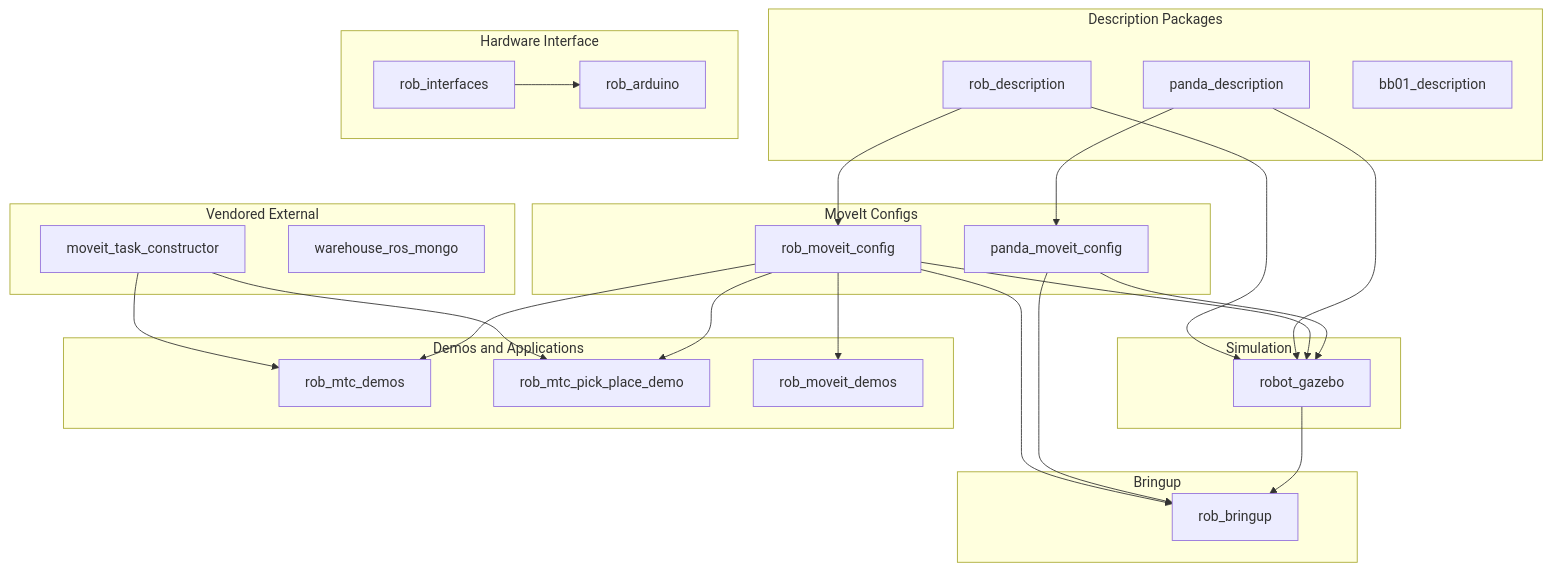
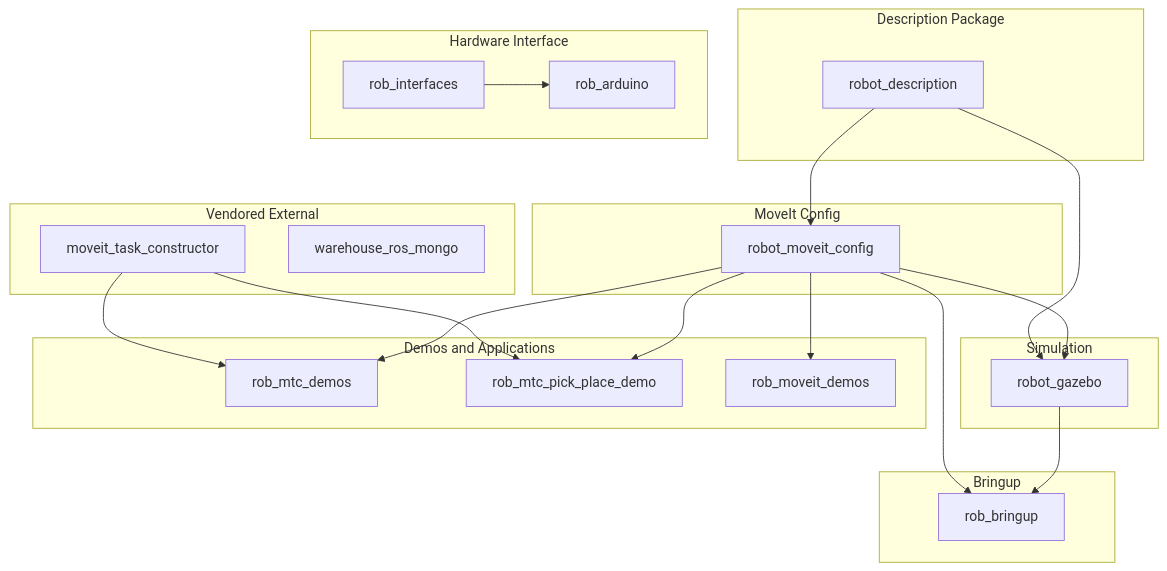
The first of 4 diagrams in docs/architecture/package-relationships.md (AlexDevCol/MECH490-Capstone), drawn with Mermaid before and after one commit. The commit also changed other lines of this file and 203 other files, not shown here.

````diff
--- a/docs/architecture/package-relationships.md
+++ b/docs/architecture/package-relationships.md
@@ -7,58 +7,51 @@
 ```mermaid
 graph TB
-    subgraph description [Description Packages]
-        panda_desc[panda_description]
-        rob_desc[rob_description]
-        bb01_desc[bb01_description]
+    subgraph description [Description Package]
+        robot_desc[robot_description]
     end
     
-    subgraph moveit [MoveIt Configs]
-        panda_moveit[panda_moveit_config]
-        rob_moveit[rob_moveit_config]
+    subgraph moveit [MoveIt Config]
+        robot_moveit[robot_moveit_config]
     end
     
     subgraph sim [Simulation]
         robot_gazebo[robot_gazebo]
     end
     
     subgraph demos [Demos and Applications]
         rob_mtc[rob_mtc_demos]
         rob_pick[rob_mtc_pick_place_demo]
         rob_moveit_demos[rob_moveit_demos]
     end
     
     subgraph bringup [Bringup]
         rob_bringup[rob_bringup]
     end
     
     subgraph hw [Hardware Interface]
         rob_arduino[rob_arduino]
         rob_interfaces[rob_interfaces]
     end
     
     subgraph external [Vendored External]
         mtc[moveit_task_constructor]
         warehouse[warehouse_ros_mongo]
     end
     
-    panda_desc --> panda_moveit
-    rob_desc --> rob_moveit
+    robot_desc --> robot_moveit
     
-    panda_moveit --> robot_gazebo
-    rob_moveit --> robot_gazebo
-    panda_desc --> robot_gazebo
-    rob_desc --> robot_gazebo
+    robot_moveit --> robot_gazebo
+    robot_desc --> robot_gazebo
     
-    rob_moveit --> rob_mtc
+    robot_moveit --> rob_mtc
     mtc --> rob_mtc
-    rob_moveit --> rob_pick
+    robot_moveit --> rob_pick
     mtc --> rob_pick
     
-    rob_moveit --> rob_moveit_demos
+    robot_moveit --> rob_moveit_demos
     
     robot_gazebo --> rob_bringup
-    panda_moveit --> rob_bringup
-    rob_moveit --> rob_bringup
+    robot_moveit --> rob_bringup
     
     rob_interfaces --> rob_arduino
 ```
````
